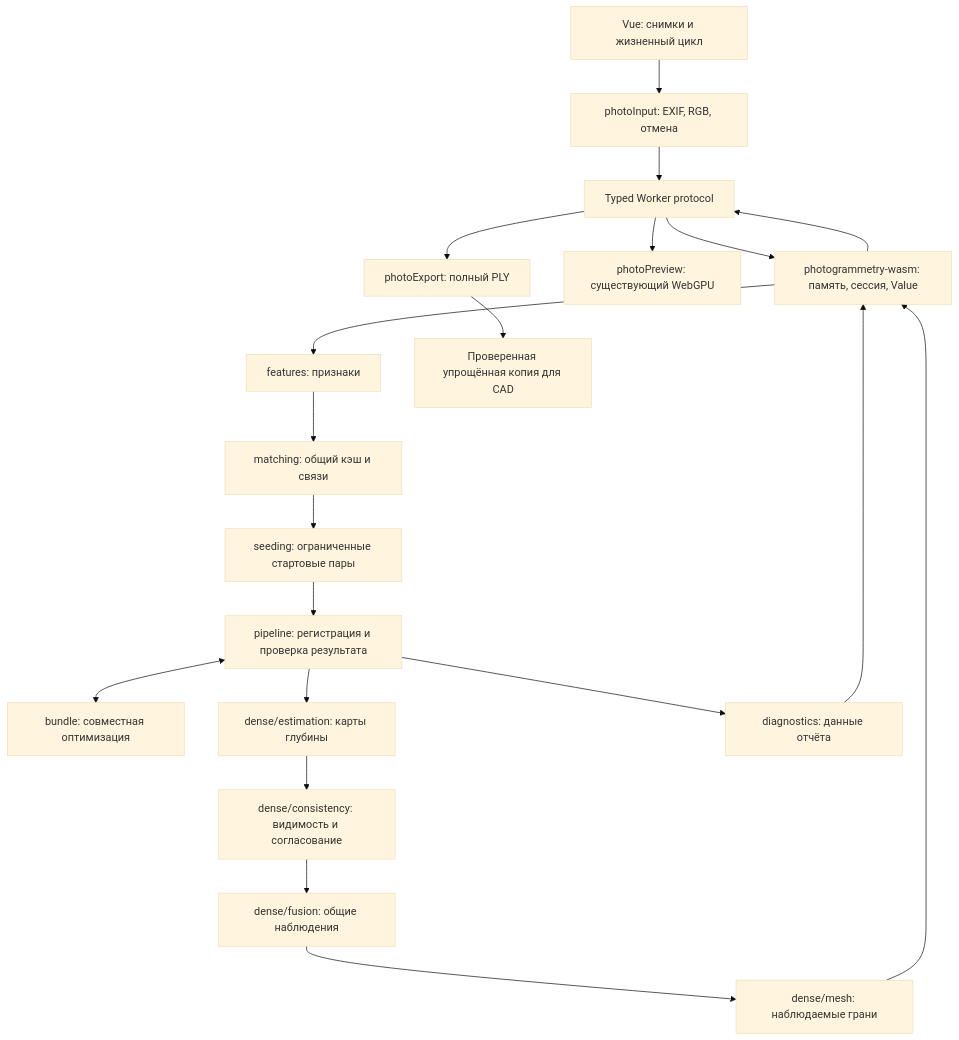
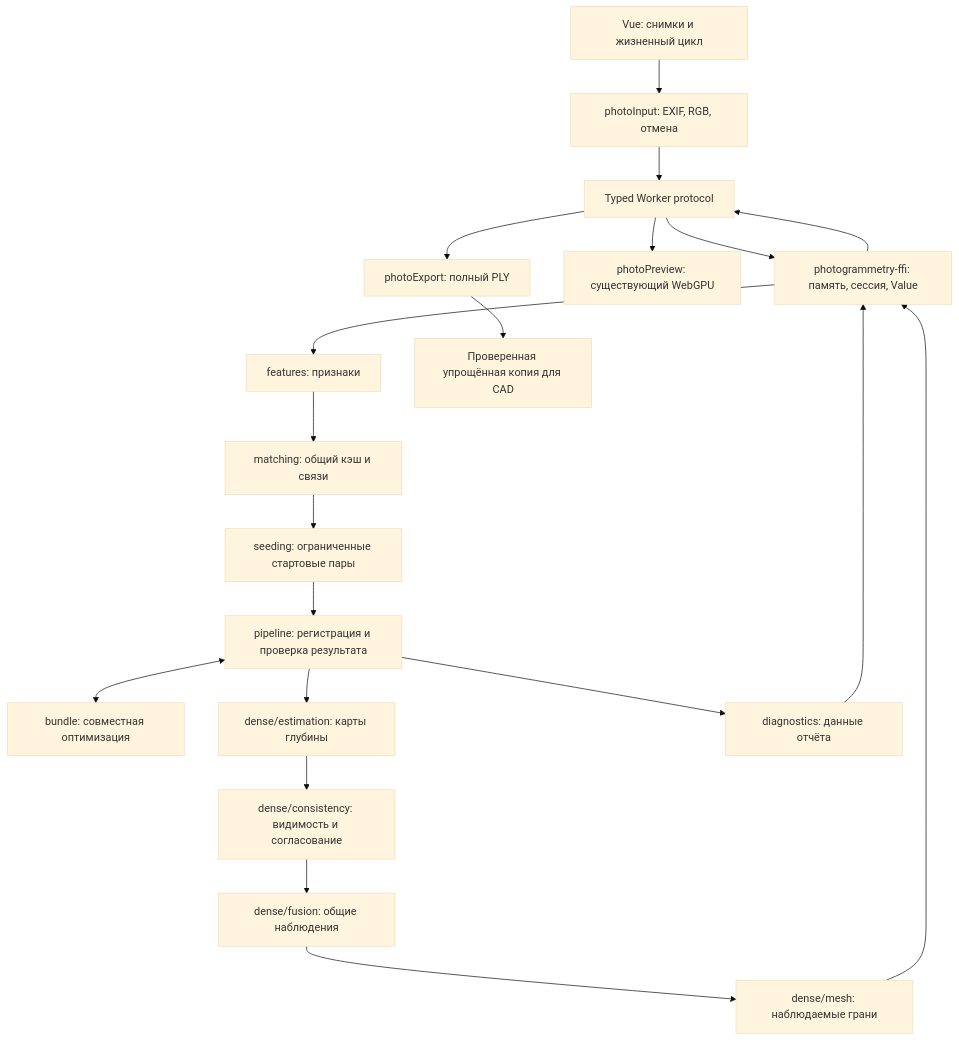
The diagram in docs/design/photogrammetry.md (themoretheless/open-scad-viewer), drawn with Mermaid (base theme) before and after one commit. The commit also changed 10 other files, not shown here.

Commit message:
refactor: follow the photogrammetry-ffi rename in manifests, build and docs

````diff
--- a/docs/design/photogrammetry.md
+++ b/docs/design/photogrammetry.md
@@ -20,22 +20,22 @@
 ```mermaid
 flowchart TD
   UI[Vue: снимки и жизненный цикл] --> Input[photoInput: EXIF, RGB, отмена]
   Input --> Worker[Typed Worker protocol]
-  Worker --> ABI[photogrammetry-wasm: память, сессия, Value]
+  Worker --> ABI[photogrammetry-ffi: память, сессия, Value]
   ABI --> Features[features: признаки]
   Features --> Matches[matching: общий кэш и связи]
   Matches --> Seeds[seeding: ограниченные стартовые пары]
   Seeds --> Pipeline[pipeline: регистрация и проверка результата]
   Pipeline <--> BA[bundle: совместная оптимизация]
   Pipeline --> Depth[dense/estimation: карты глубины]
   Depth --> Check[dense/consistency: видимость и согласование]
   Check --> Fusion[dense/fusion: общие наблюдения]
   Fusion --> Mesh[dense/mesh: наблюдаемые грани]
   Pipeline --> Report[diagnostics: данные отчёта]
   Mesh --> ABI
   Report --> ABI
   ABI --> Worker
   Worker --> Preview[photoPreview: существующий WebGPU]
   Worker --> Export[photoExport: полный PLY]
   Export --> CAD[Проверенная упрощённая копия для CAD]
 ```
````
